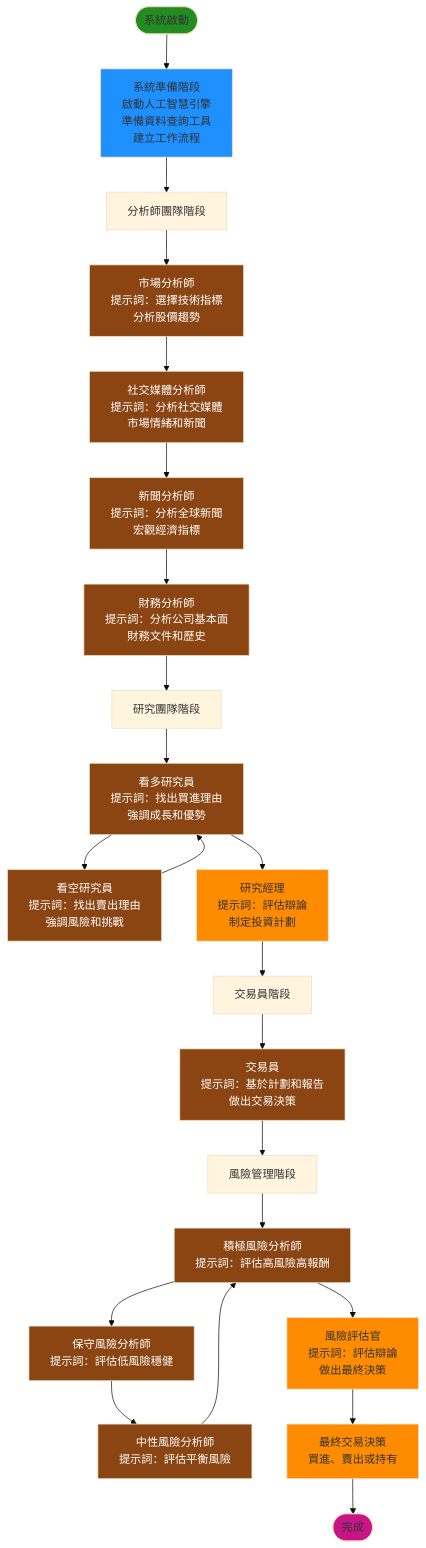
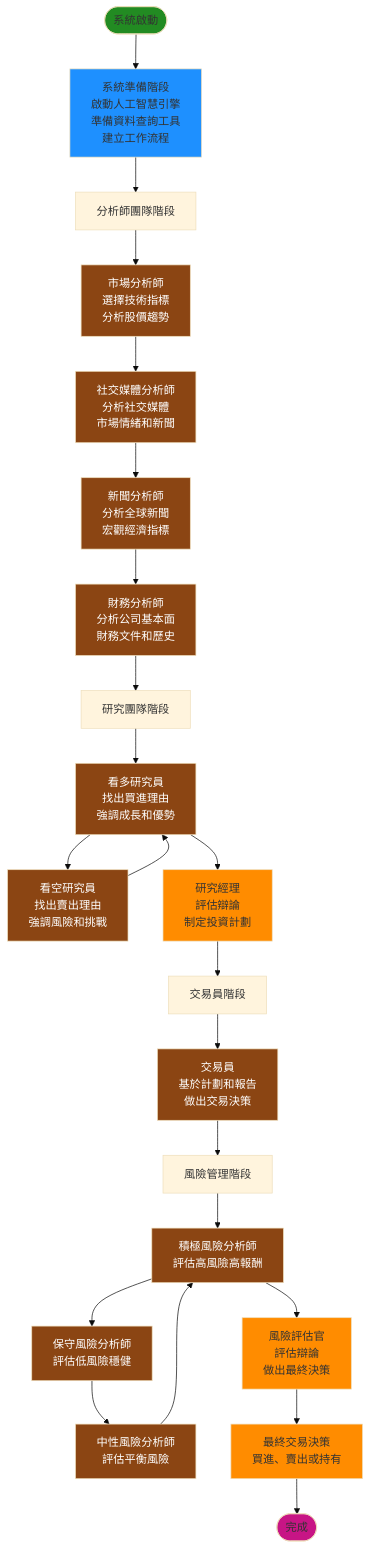
Before and after one commit to chitienshih-wq/Git_Test: the ninth of 9 diagrams in 流程圖_簡化.md, drawn with Mermaid (base theme). The commit also changed other lines of this file, not shown here.

````diff
--- a/流程圖_簡化.md
+++ b/流程圖_簡化.md
@@ -255,50 +255,50 @@
 ```mermaid
 flowchart TD
     Start([系統啟動]) --> Setup[系統準備階段<br/>啟動人工智慧引擎<br/>準備資料查詢工具<br/>建立工作流程]
     
     Setup --> AnalystPhase[分析師團隊階段]
     
-    AnalystPhase --> Market[市場分析師<br/>提示詞：選擇技術指標<br/>分析股價趨勢]
-    Market --> Social[社交媒體分析師<br/>提示詞：分析社交媒體<br/>市場情緒和新聞]
-    Social --> News[新聞分析師<br/>提示詞：分析全球新聞<br/>宏觀經濟指標]
-    News --> Fund[財務分析師<br/>提示詞：分析公司基本面<br/>財務文件和歷史]
+    AnalystPhase --> Market[市場分析師<br/>選擇技術指標<br/>分析股價趨勢]
+    Market --> Social[社交媒體分析師<br/>分析社交媒體<br/>市場情緒和新聞]
+    Social --> News[新聞分析師<br/>分析全球新聞<br/>宏觀經濟指標]
+    News --> Fund[財務分析師<br/>分析公司基本面<br/>財務文件和歷史]
     
     Fund --> ResearchPhase[研究團隊階段]
     
-    ResearchPhase --> Bull[看多研究員<br/>提示詞：找出買進理由<br/>強調成長和優勢]
-    Bull --> Bear[看空研究員<br/>提示詞：找出賣出理由<br/>強調風險和挑戰]
+    ResearchPhase --> Bull[看多研究員<br/>找出買進理由<br/>強調成長和優勢]
+    Bull --> Bear[看空研究員<br/>找出賣出理由<br/>強調風險和挑戰]
     Bear --> Bull
-    Bull --> Manager[研究經理<br/>提示詞：評估辯論<br/>制定投資計劃]
+    Bull --> Manager[研究經理<br/>評估辯論<br/>制定投資計劃]
     
     Manager --> TraderPhase[交易員階段]
     
-    TraderPhase --> Trader[交易員<br/>提示詞：基於計劃和報告<br/>做出交易決策]
+    TraderPhase --> Trader[交易員<br/>基於計劃和報告<br/>做出交易決策]
     
     Trader --> RiskPhase[風險管理階段]
     
-    RiskPhase --> Risky[積極風險分析師<br/>提示詞：評估高風險高報酬]
-    Risky --> Safe[保守風險分析師<br/>提示詞：評估低風險穩健]
-    Safe --> Neutral[中性風險分析師<br/>提示詞：評估平衡風險]
+    RiskPhase --> Risky[積極風險分析師<br/>評估高風險高報酬]
+    Risky --> Safe[保守風險分析師<br/>評估低風險穩健]
+    Safe --> Neutral[中性風險分析師<br/>評估平衡風險]
     Neutral --> Risky
-    Risky --> Judge[風險評估官<br/>提示詞：評估辯論<br/>做出最終決策]
+    Risky --> Judge[風險評估官<br/>評估辯論<br/>做出最終決策]
     
     Judge --> Final[最終交易決策<br/>買進、賣出或持有]
     Final --> End([完成])
     
     style Start fill:#228B22
     style End fill:#C71585
     style Setup fill:#1E90FF
     style Manager fill:#FF8C00
     style Judge fill:#FF8C00
     style Final fill:#FF8C00
     style Market fill:#8B4513,color:#FFFFFF
     style Social fill:#8B4513,color:#FFFFFF
     style News fill:#8B4513,color:#FFFFFF
     style Fund fill:#8B4513,color:#FFFFFF
     style Bull fill:#8B4513,color:#FFFFFF
     style Bear fill:#8B4513,color:#FFFFFF
     style Trader fill:#8B4513,color:#FFFFFF
     style Risky fill:#8B4513,color:#FFFFFF
     style Safe fill:#8B4513,color:#FFFFFF
     style Neutral fill:#8B4513,color:#FFFFFF
 ```
````
